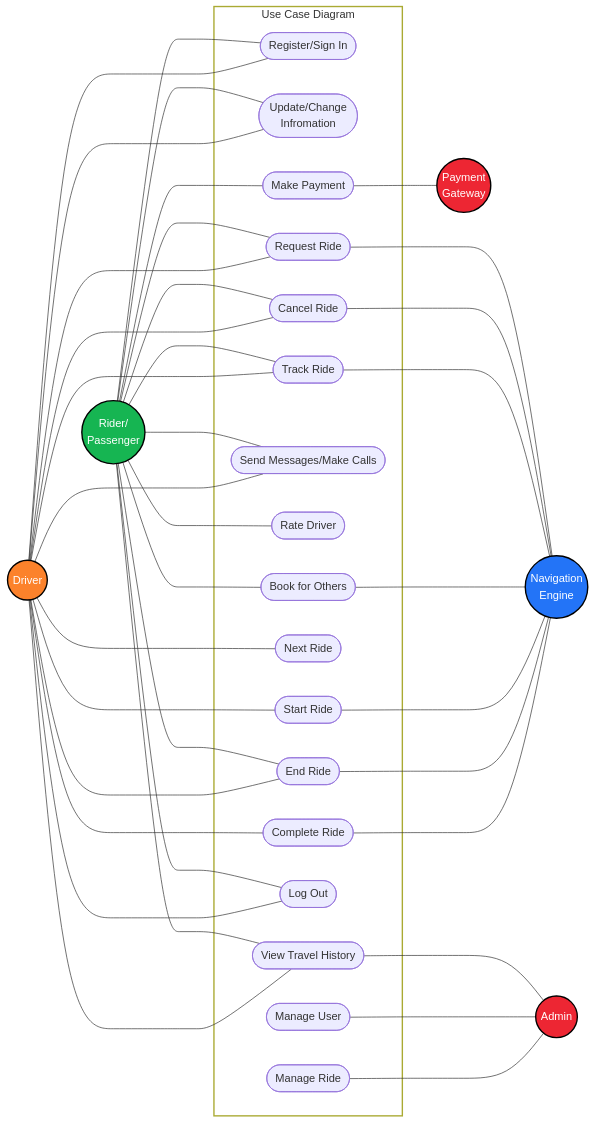
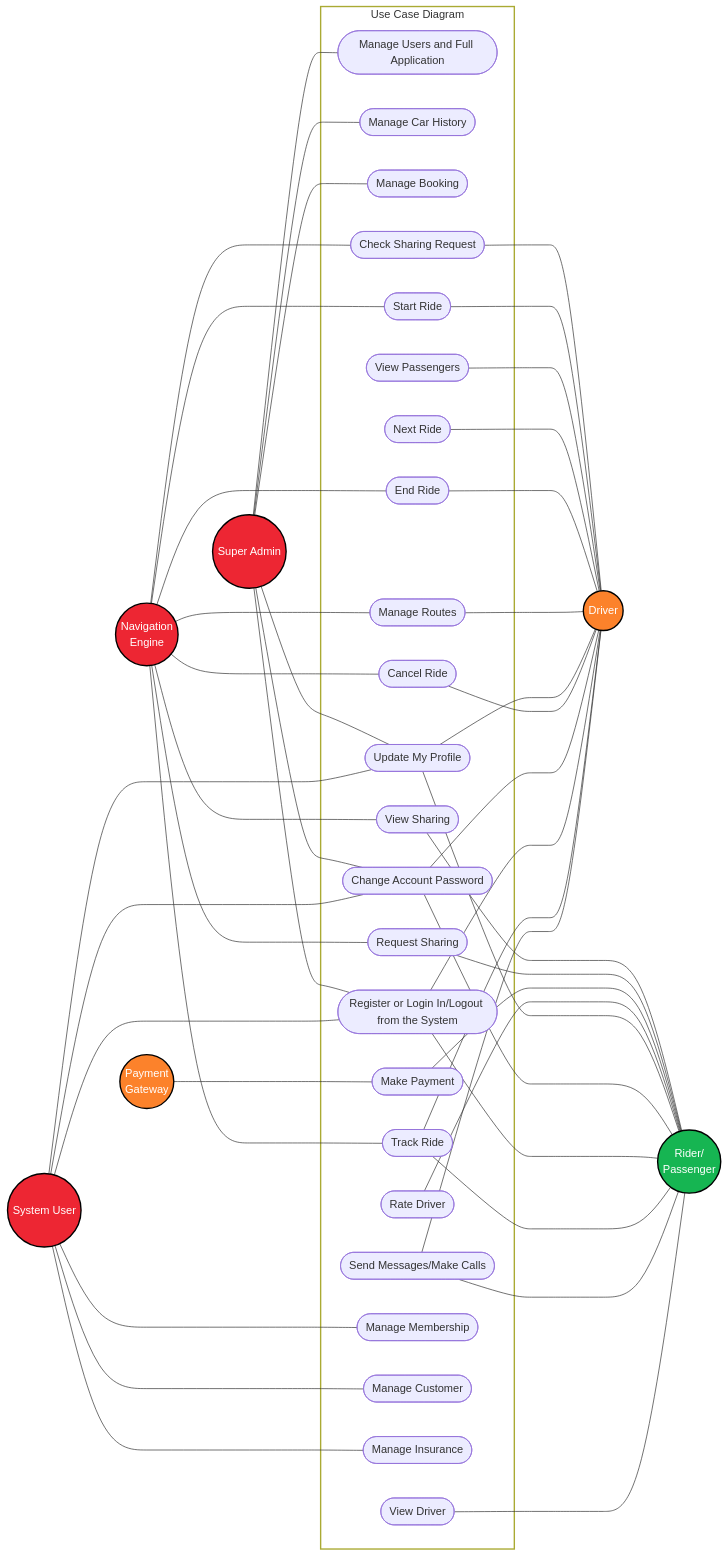
One commit to vividblueprint/SE-RideSharingService-architecture changed the fourth of 5 diagrams in README.md. Above: the diagram before and after it, drawn with Mermaid. The commit also changed other lines of this file, not shown here.

````diff
--- a/README.md
+++ b/README.md
@@ -339,45 +299,97 @@
 ```mermaid
     graph LR;
-    A((Rider/\nPassenger)):::green;
-    B((Driver)):::orange;
-    C((Navigation\nEngine)):::blue;
-    D((Admin)):::red;
-    E((Payment\nGateway)):::red;
-    A ---- 1([Register/Sign In])
-    B ----- 1
-    A --- 2([Update/Change\nInfromation])
-    B --- 2
-    A --- 3([Request Ride])
-    B --- 3
-    3----C
-    A --- 4([Cancel Ride])
-    B --- 4
-    4---C
-    A --- 5([Track Ride])
-    B --- 5
-    5---C
-    A --- 6([Make Payment])
-    6---E
-    A --- 7([Send Messages/Make Calls])
-    B --- 7
-    A --- 8([Rate Driver])
-    A --- 9([View Travel History])
+    S((Super Admin)):::red;
+    U((System User)):::red;
+    R((Rider/\nPassenger)):::green;
+    D((Driver)):::orange;
+
+    N((Navigation\nEngine)):::red;
+    P((Payment\nGateway)):::orange;
+
+    %%Supper Addmin
+    1([Manage Users and Full Application])
+    2([Manage Car History])
+    3([Manage Booking])
+    
+    %%Rider
+    4([View Sharing])
+    5([Request Sharing])
+    6([Make Payment])
+    7([Rate Driver])
+    8([Cancel Ride])
+    23([View Driver])
+
+    %%All Stack Holders
+    11([Register or Login In/Logout from the System])
+    9([Update My Profile])
+    10([Change Account Password])
+    12([Track Ride])
+    13([Send Messages/Make Calls])
+
+    %%Driver
+    14([Check Sharing Request])
+    15([Start Ride])
+    16([View Passengers])
+    17([Next Ride])
+    18([End Ride])
+    19([Manage Routes])
+
+    %%System User
+    20([Manage Membership])
+    21([Manage Customer])
+    22([Manage Insurance])
+
+    %%Supper Addmin
+    S---1
+    S---2
+    S---3
+    S---9
+    S---10
+    S---11
+
+    %%Rider
+    4-----R
+    5---R
+    P---- 6 ---R
+    7---R
+    9---R
+    10---R
+    11---R
+    12---R
+    13---R
+    23---R
+
+    %%Driver
+    14----D
+    15---D
+    16---D
+    17---D
+    18---D
+    19---D
     9---D
-    B --- 9
-    B --- 14([Next Ride])
-    A --- 15([Book for Others])
-    15---C
-    B --- 16([Start Ride])
-    16---C 
-    A --- 17([End Ride])
-    B --- 17
-    17---C
-    A --- 18([Log Out])
-    B --- 18
-    B --- 19([Complete Ride])
-    19---C
-    20([Manage User])----D
-    21([Manage Ride])---D
+    8---D
+    10---D
+    11---D
+    12---D
+    13---D
+
+    %%System User
+    U-----20
+    U---21
+    U---22
+    U---9
+    U---10
+    U---11
+    
+    %%Navigation Engine
+    N----4
+    N---5
+    N---8
+    N---12
+    N---14
+    N---15
+    N---18
+    N---19
     
     classDef blue fill:#2374f7,stroke:#000,stroke-width:2px,color:#fff;
     classDef orange fill:#fc822b,stroke:#000,stroke-width:2px,color:#fff;
@@ -386,7 +398,7 @@
     classDef none fill:#none,stroke:#000,stroke-width:2px,color:#fff;
     subgraph USE[Use Case Diagram];
     style USE  fill:none,stroke:#f0000,stroke-width:2px;
-    1;2;3;4;5;6;7;8;9;14;15;16;17;18;19;20;21
+    1;2;3;4;5;6;7;8;9;10;11;12;13;14;15;16;17;18;19;20;21;22;23;
     end
 
 ```
````
